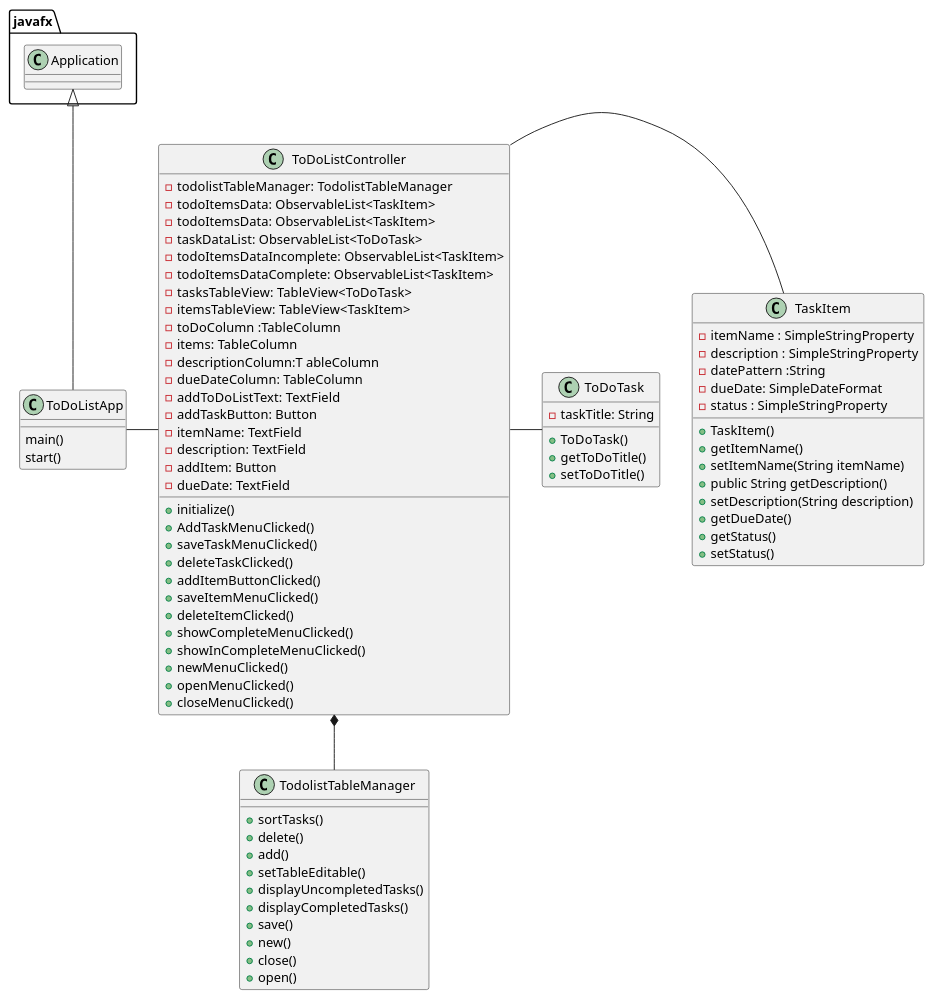
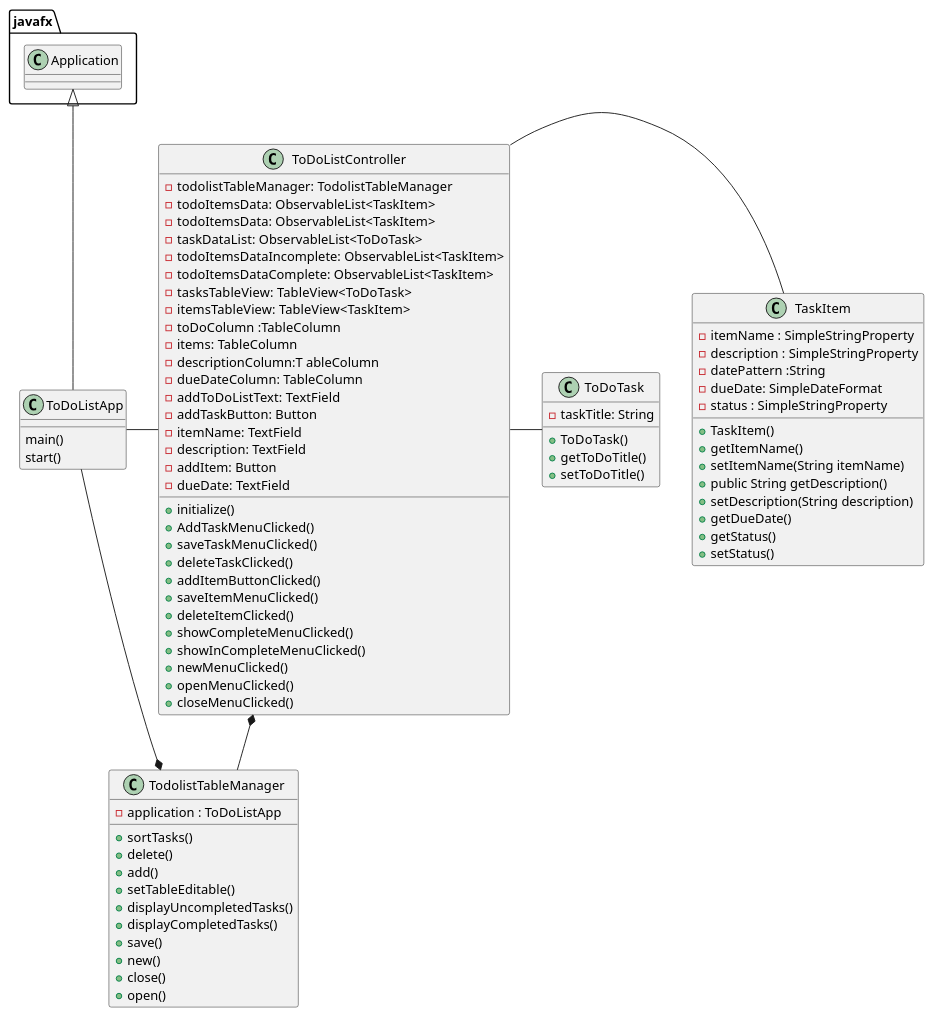
Before and after one commit to Asad006/app4: the diagram in Uml/TodoList.puml, drawn with PlantUML. The commit also changed 5 other files, not shown here.

```diff
--- a/Uml/TodoList.puml
+++ b/Uml/TodoList.puml
@@ -1,84 +1,86 @@
 @startuml
 class TodolistTableManager{
+- application : ToDoListApp
 + sortTasks()
 + delete()
 + add()
 + setTableEditable()
 + displayUncompletedTasks()
 + displayCompletedTasks()
 + save()
 + new()
 + close()
 + open()
 }
 
 class ToDoListController {
     - todolistTableManager: TodolistTableManager
     - todoItemsData: ObservableList<TaskItem>
     - todoItemsData: ObservableList<TaskItem>
     - taskDataList: ObservableList<ToDoTask>
     - todoItemsDataIncomplete: ObservableList<TaskItem>
     - todoItemsDataComplete: ObservableList<TaskItem>
     - tasksTableView: TableView<ToDoTask>
     - itemsTableView: TableView<TaskItem>
     - toDoColumn :TableColumn
     - items: TableColumn
     - descriptionColumn:T ableColumn
     - dueDateColumn: TableColumn
     - addToDoListText: TextField
     - addTaskButton: Button
     - itemName: TextField
     - description: TextField
     - addItem: Button
     - dueDate: TextField
 
  + initialize()
  + AddTaskMenuClicked()
  + saveTaskMenuClicked()
  + deleteTaskClicked()
  + addItemButtonClicked()
  + saveItemMenuClicked()
  + deleteItemClicked()
  + showCompleteMenuClicked()
  + showInCompleteMenuClicked()
  + newMenuClicked()
  + openMenuClicked()
  + closeMenuClicked()
 
 
 }
 
 class ToDoTask{
 - taskTitle: String
 + ToDoTask()
 + getToDoTitle()
 + setToDoTitle()
 }
 
 class TaskItem{
     -  itemName : SimpleStringProperty
     -  description : SimpleStringProperty
     -  datePattern :String
     -  dueDate: SimpleDateFormat
     -  status : SimpleStringProperty
 + TaskItem()
 + getItemName()
 + setItemName(String itemName)
 + public String getDescription()
 + setDescription(String description)
 + getDueDate()
 + getStatus()
 + setStatus()
 
 }
 class ToDoListApp{
 main()
 start()
 }
 
 javafx.Application <|-- ToDoListApp
 ToDoListApp - ToDoListController
 ToDoListController - TaskItem
 ToDoListController - ToDoTask
 ToDoListController *-- TodolistTableManager
+TodolistTableManager *-- ToDoListApp
 @enduml
```
